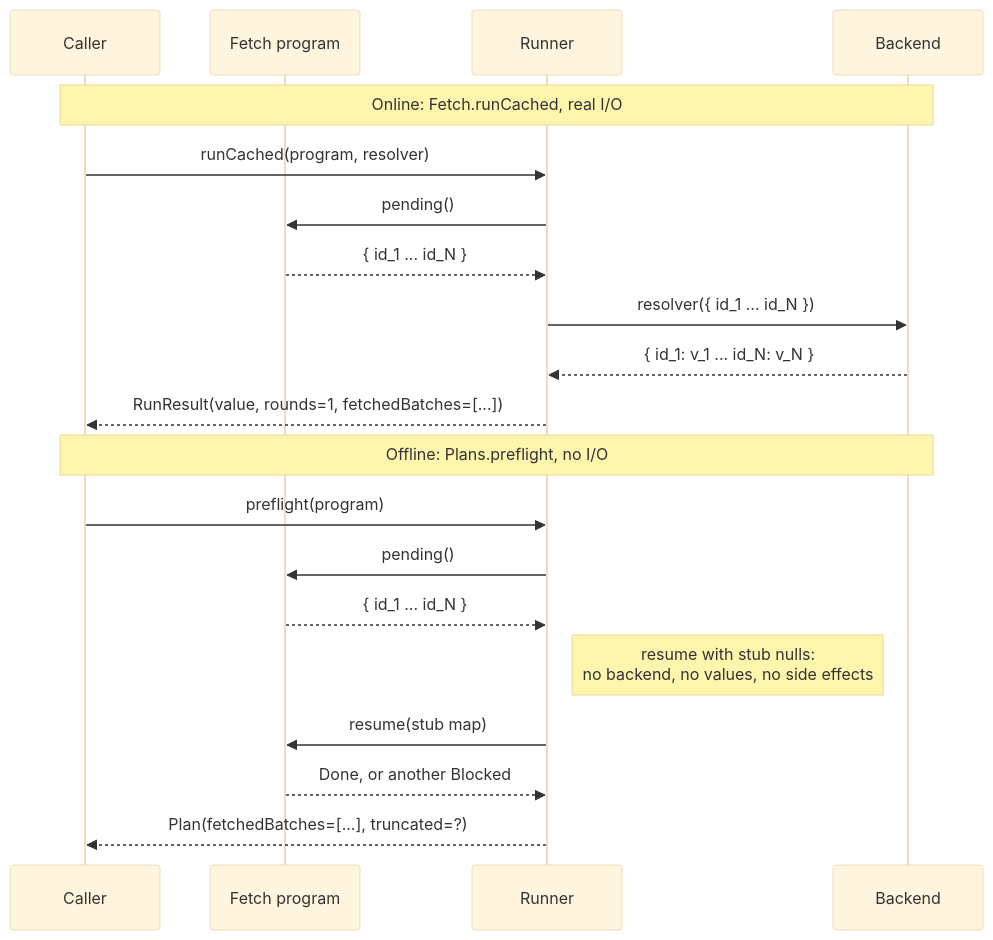
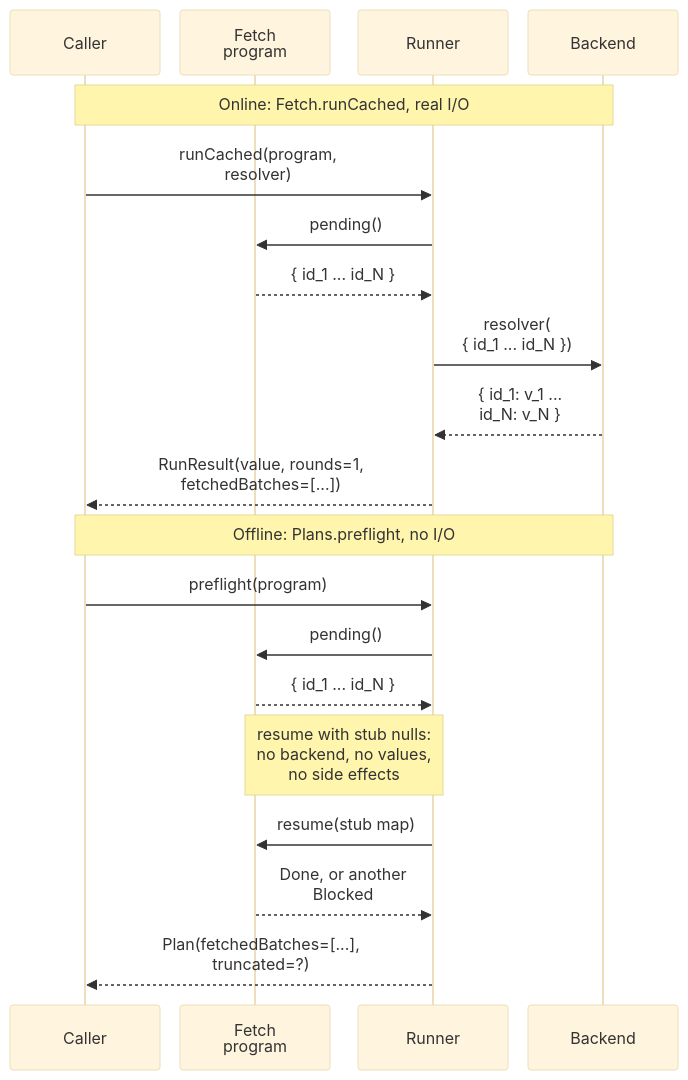
One commit to higher-kinded-j/higher-kinded-j.github.io changed the first of 2 diagrams in latest/optics/optic_batching_guardrails.md. Above: the diagram before and after it, drawn with Mermaid (base theme). The commit also changed other lines of this file and 55 other files, not shown here.

````diff
--- a/latest/optics/optic_batching_guardrails.md
+++ b/latest/optics/optic_batching_guardrails.md
@@ -38,24 +38,27 @@
 ```mermaid
+%%{init: {"sequence": {"actorMargin": 20, "diagramMarginX": 10}}}%%
 sequenceDiagram
+    accTitle: A real run beside a preflight
+    accDescr: Online, Fetch.runCached takes the program's pending keys to the backend's resolver and returns a RunResult with the value, the rounds and the fetched batches. Offline, Plans.preflight takes the same pending keys but resumes the program with stub nulls instead of calling the backend, and returns a Plan of the fetched batches and whether it was truncated.
     participant C as Caller
-    participant P as Fetch program
+    participant P as Fetch<br/>program
     participant R as Runner
     participant B as Backend
 
     Note over C,B: Online: Fetch.runCached, real I/O
-    C->>R: runCached(program, resolver)
+    C->>R: runCached(program,<br/>resolver)
     R->>P: pending()
     P-->>R: { id_1 ... id_N }
-    R->>B: resolver({ id_1 ... id_N })
-    B-->>R: { id_1: v_1 ... id_N: v_N }
-    R-->>C: RunResult(value, rounds=1, fetchedBatches=[...])
+    R->>B: resolver(<br/>{ id_1 ... id_N })
+    B-->>R: { id_1: v_1 ...<br/>id_N: v_N }
+    R-->>C: RunResult(value, rounds=1,<br/>fetchedBatches=[...])
 
     Note over C,B: Offline: Plans.preflight, no I/O
     C->>R: preflight(program)
     R->>P: pending()
     P-->>R: { id_1 ... id_N }
-    Note right of R: resume with stub nulls:<br/>no backend, no values, no side effects
+    Note over P,R: resume with stub nulls:<br/>no backend, no values,<br/>no side effects
     R->>P: resume(stub map)
-    P-->>R: Done, or another Blocked
-    R-->>C: Plan(fetchedBatches=[...], truncated=?)
+    P-->>R: Done, or another<br/>Blocked
+    R-->>C: Plan(fetchedBatches=[...],<br/>truncated=?)
 ```
````
